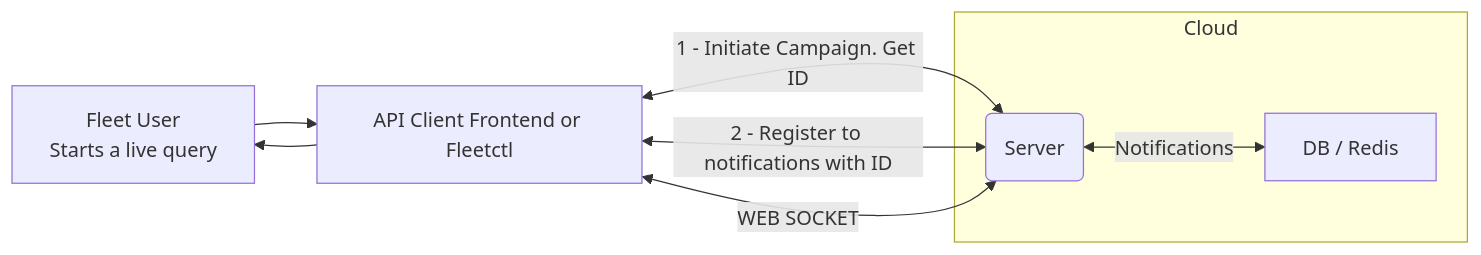
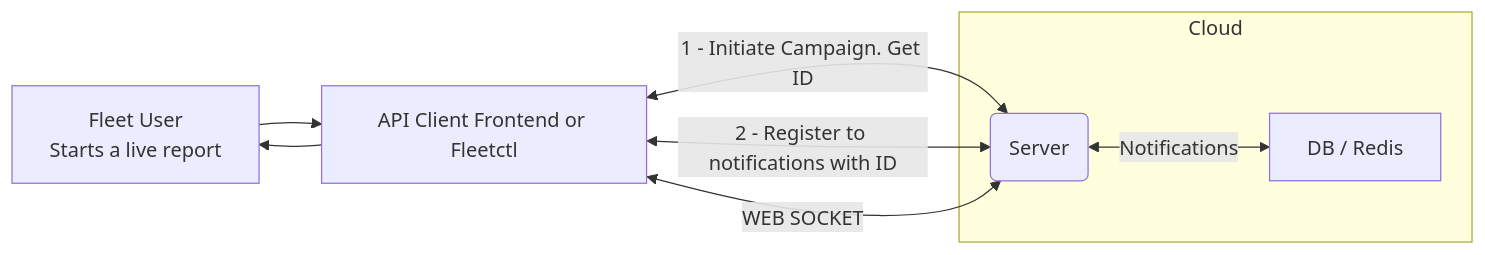
Before and after one commit to fleetdm/fleet: the second of 7 diagrams in docs/Contributing/architecture/high-level-architecture.md, drawn with Mermaid. The commit also changed other lines of this file and 66 other files, not shown here.

````diff
--- a/docs/Contributing/architecture/high-level-architecture.md
+++ b/docs/Contributing/architecture/high-level-architecture.md
@@ -111,19 +111,19 @@
 ```mermaid
 graph LR;
-    it_person[Fleet User<br>Starts a live query];
+    it_person[Fleet User<br>Starts a live report];
     api[API Client Frontend or Fleetctl];
 
     subgraph Cloud
         server(Server);
         dbredis[DB / Redis];
     end
 
     it_person --> api;
     api --> it_person;
 
     api <-- "1 - Initiate Campaign. Get ID" --> server;
     api <-- "2 - Register to notifications with ID" --> server;
     api <-- "WEB SOCKET" --> server;
     server <-- Notifications --> dbredis;
 
 ```
````
